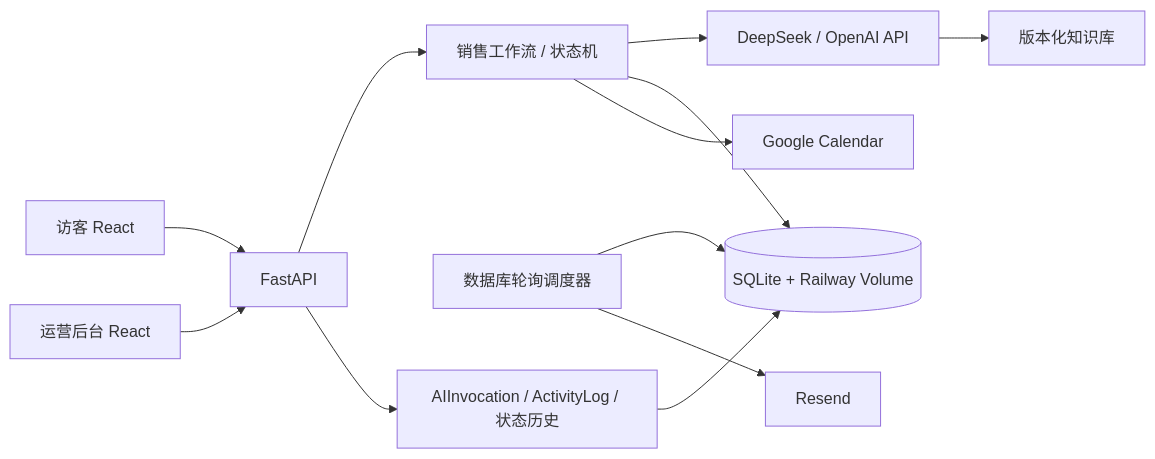
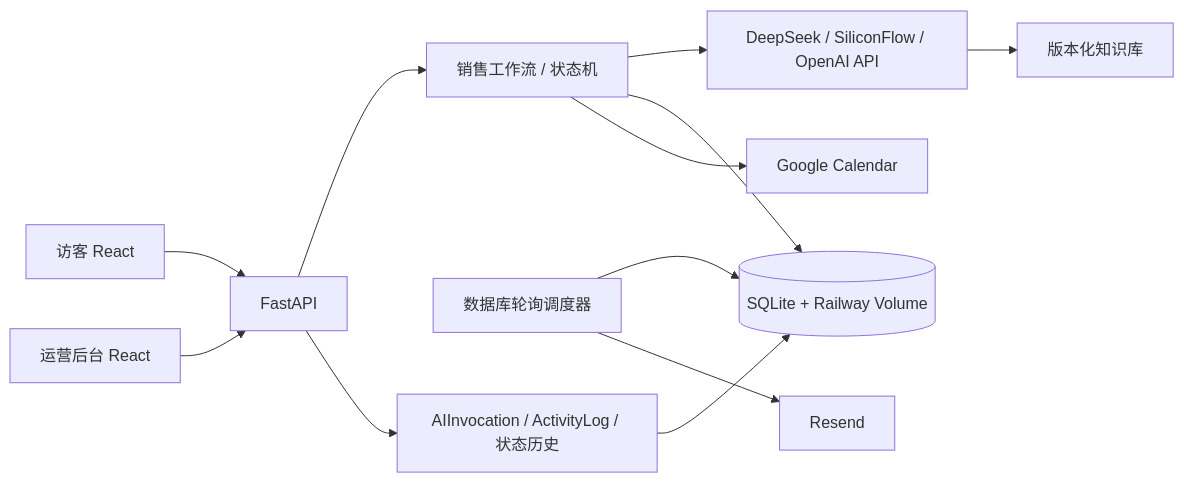
One commit to wuyuhang0519-cyber/julu-ai-sales-assistant changed the diagram in README.md. Above: the diagram before and after it, drawn with Mermaid. The commit also changed other lines of this file and 5 other files, not shown here.

Commit message:
feat: add SiliconFlow AI provider

````diff
--- a/README.md
+++ b/README.md
@@ -56,14 +56,14 @@
 ```mermaid
 flowchart LR
   V[访客 React] --> API[FastAPI]
   O[运营后台 React] --> API
   API --> WF[销售工作流 / 状态机]
-  WF --> AI[DeepSeek / OpenAI API]
+  WF --> AI[DeepSeek / SiliconFlow / OpenAI API]
   AI --> KB[版本化知识库]
   WF --> DB[(SQLite + Railway Volume)]
   WF --> CAL[Google Calendar]
   SCH[数据库轮询调度器] --> DB
   SCH --> MAIL[Resend]
   API --> AUDIT[AIInvocation / ActivityLog / 状态历史]
   AUDIT --> DB
 ```
````
